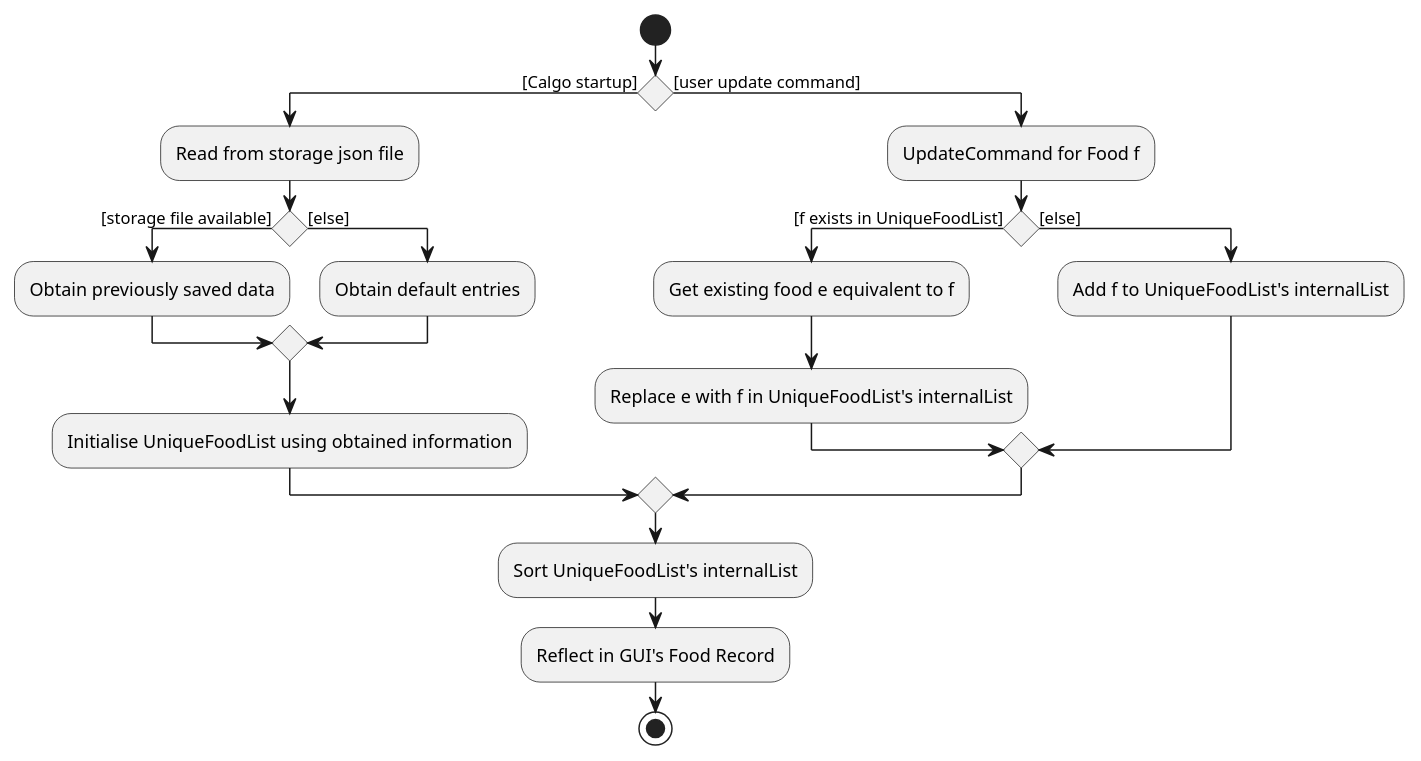
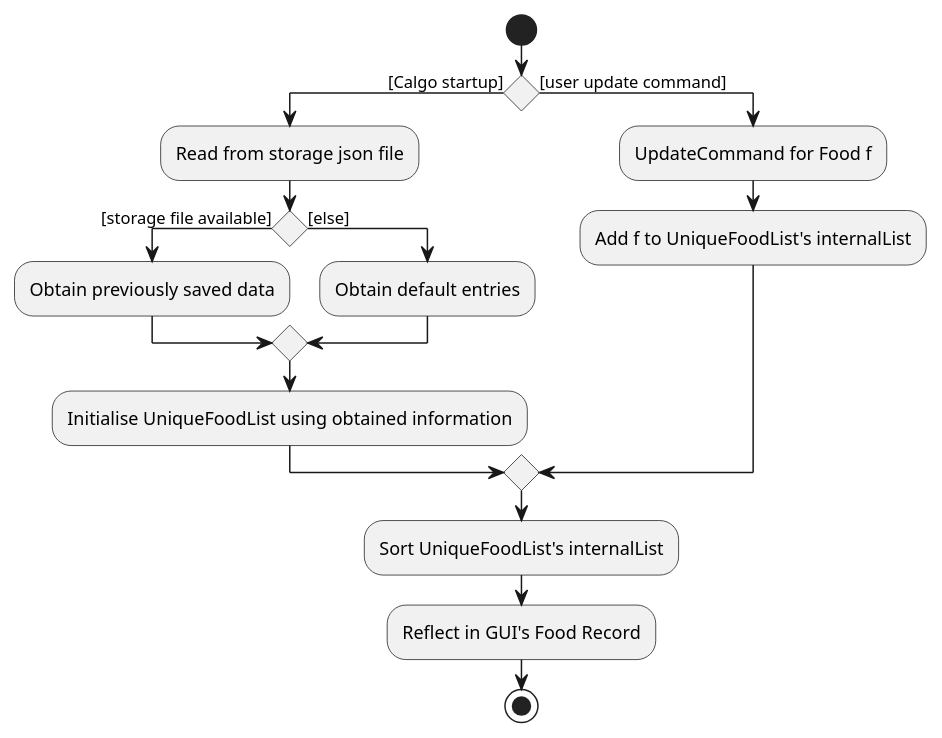
Before and after one commit to ray-97/main: the diagram in docs/diagrams/LexicographicalOrderingActivityDiagram.puml, drawn with PlantUML. The commit also changed 5 other files, not shown here.

Commit message:
Improve efficiency for update command: no need for sorting during Food object edit. Edit DG, check UG, to reflect above changes. Edit DG use cases. Edit DG check and arrange user stories. Edit Activity Diagram and Sequence Diagram for lexicographical ordering to reflect above changes.

```diff
--- a/docs/diagrams/LexicographicalOrderingActivityDiagram.puml
+++ b/docs/diagrams/LexicographicalOrderingActivityDiagram.puml
@@ -1,28 +1,23 @@
 @startuml
 
 start
 if() then ([Calgo startup])
 :Read from storage json file;
 
 if () then ([storage file available])
 :Obtain previously saved data;
 else ([else])
 :Obtain default entries;
 endif
 :Initialise UniqueFoodList using obtained information;
 
 else([user update command])
 :UpdateCommand for Food f;
-if () then ([f exists in UniqueFoodList])
-:Get existing food e equivalent to f;
-:Replace e with f in UniqueFoodList's internalList;
-else ([else])
 :Add f to UniqueFoodList's internalList;
-endif
 
 endif
 :Sort UniqueFoodList's internalList;
 :Reflect in GUI's Food Record;
 stop
 
 @enduml
```
